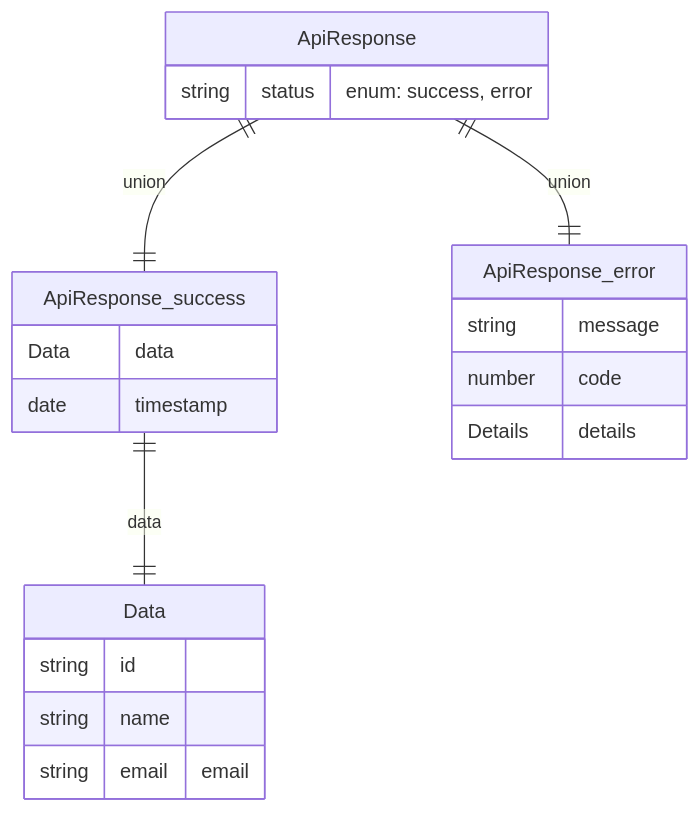
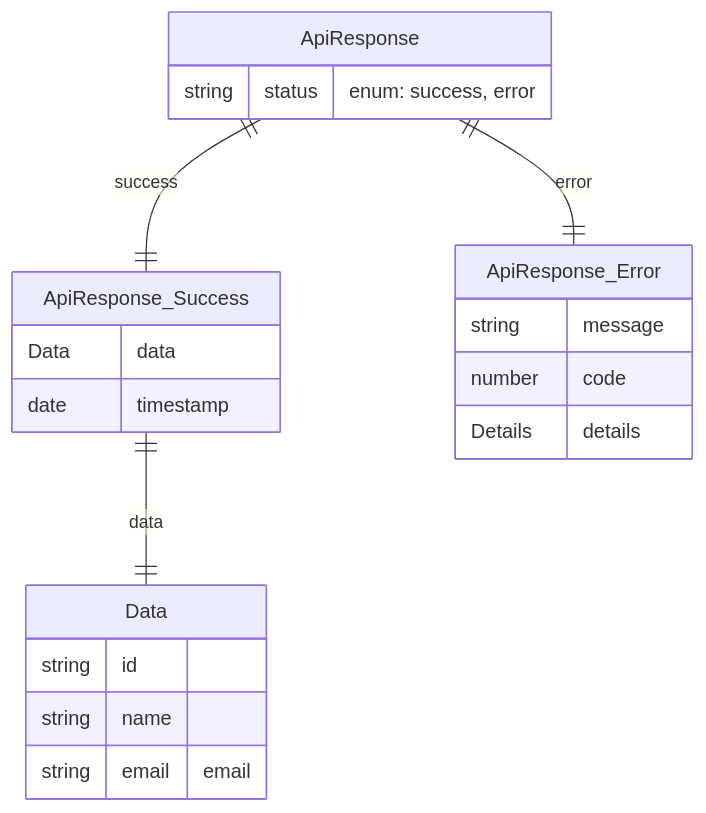
One commit to kothar/zod-mermaid changed the eighth of 13 diagrams in examples/mermaid-examples.md. Above: the diagram before and after it, drawn with Mermaid. The commit also changed other lines of this file and 4 other files, not shown here.

````diff
--- a/examples/mermaid-examples.md
+++ b/examples/mermaid-examples.md
@@ -159,23 +159,23 @@
 ```mermaid
 erDiagram
     ApiResponse {
         string status "enum: success, error"
     }
-    ApiResponse_success {
+    ApiResponse_Success {
         Data data
         date timestamp
     }
     Data {
         string id
         string name
         string email "email"
     }
-    ApiResponse_error {
+    ApiResponse_Error {
         string message
         number code
         Details details
     }
-    ApiResponse_success ||--|| Data : "data"
-    ApiResponse ||--|| ApiResponse_success : union
-    ApiResponse ||--|| ApiResponse_error : union
+    ApiResponse_Success ||--|| Data : "data"
+    ApiResponse ||--|| ApiResponse_Success : "success"
+    ApiResponse ||--|| ApiResponse_Error : "error"
 ```
````
